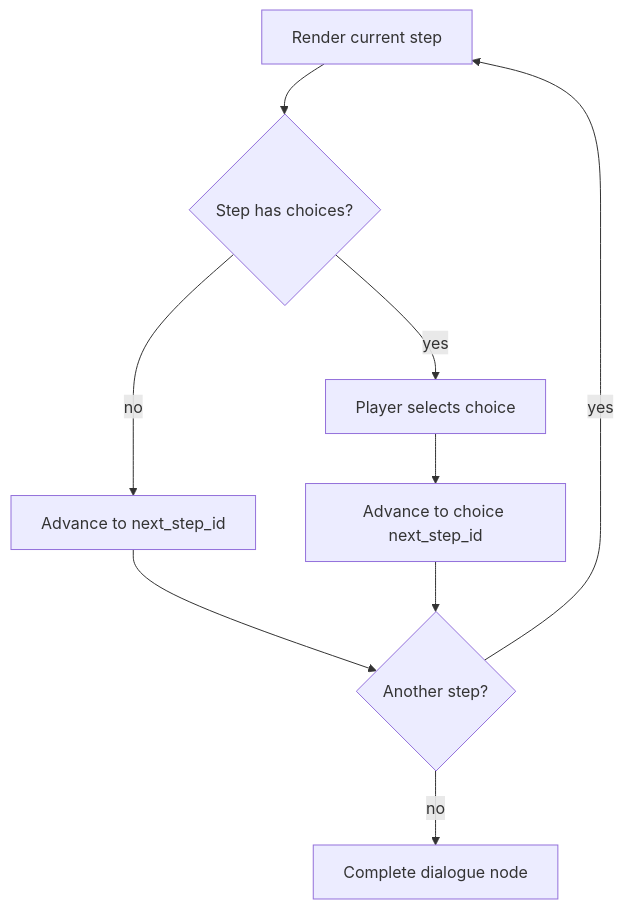
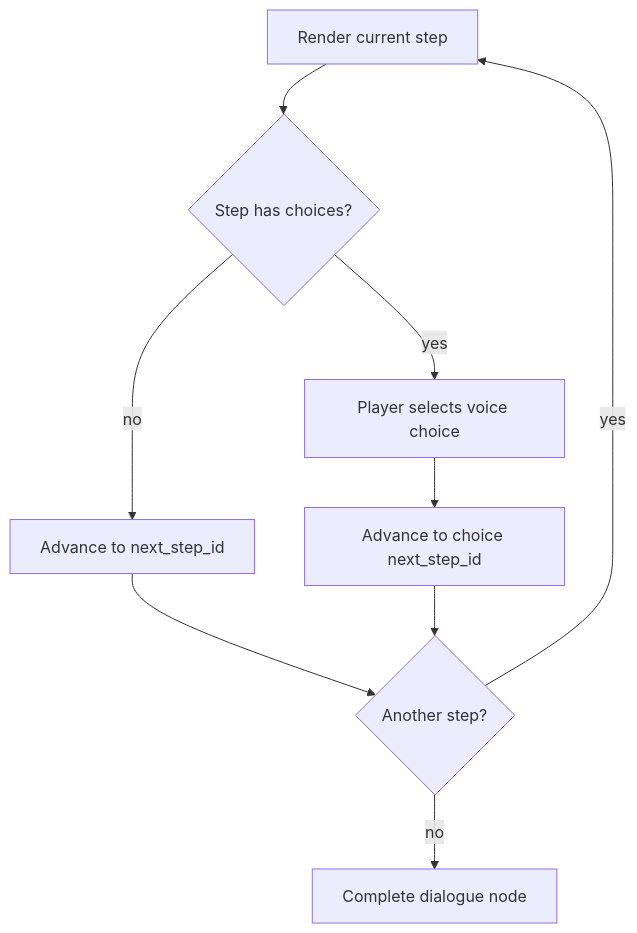
One commit to NickGrant/DiceGoblin changed the fourth of 5 diagrams in documentation/02-systems/04-dialogue-flow-determination.md. Above: the diagram before and after it, drawn with Mermaid. The commit also changed other lines of this file, not shown here.

Commit message:
docs: define dialogue variants and milestone completion flow

````diff
--- a/documentation/02-systems/04-dialogue-flow-determination.md
+++ b/documentation/02-systems/04-dialogue-flow-determination.md
@@ -108,11 +148,11 @@
 ```mermaid
 flowchart TD
   A[Render current step] --> B{Step has choices?}
   B -- no --> C[Advance to next_step_id]
-  B -- yes --> D[Player selects choice]
+  B -- yes --> D[Player selects voice choice]
   D --> E[Advance to choice next_step_id]
   C --> F{Another step?}
   E --> F
   F -- yes --> A
   F -- no --> G[Complete dialogue node]
 ```
````
